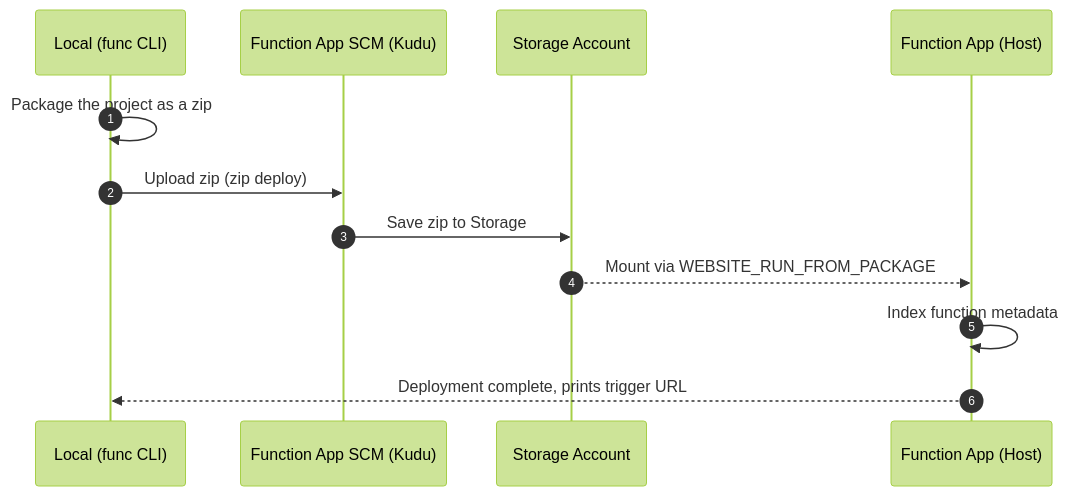
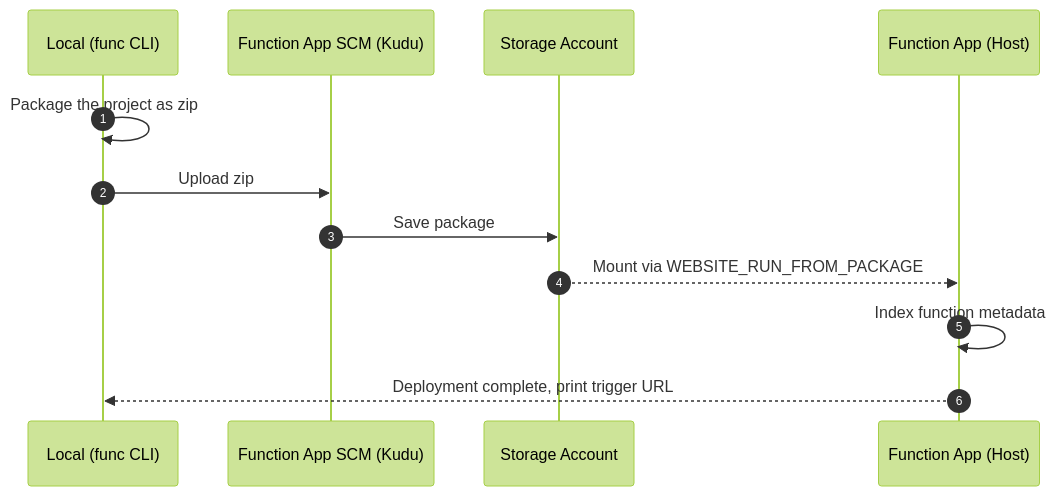
One commit to yeongseon-books/book-content changed the third of 3 diagrams in azure-functions-101/en/04-first-deploy.md. Above: the diagram before and after it, drawn with Mermaid (forest theme). The commit also changed other lines of this file and 42 other files, not shown here.

First line of the commit message:
fix: 오라클 리뷰 반영 — Functions 101/Deep Dive 사실관계·톤·다이어그램 정리, App Service 101 ko/en 재구조화

````diff
--- a/azure-functions-101/en/04-first-deploy.md
+++ b/azure-functions-101/en/04-first-deploy.md
@@ -189,15 +206,15 @@
 ```mermaid
 sequenceDiagram
     autonumber
     participant Dev as Local (func CLI)
     participant Kudu as Function App SCM (Kudu)
     participant Storage as Storage Account
     participant Host as Function App (Host)
 
-    Dev->>Dev: Package the project as a zip
-    Dev->>Kudu: Upload zip (zip deploy)
-    Kudu->>Storage: Save zip to Storage
+    Dev->>Dev: Package the project as zip
+    Dev->>Kudu: Upload zip
+    Kudu->>Storage: Save package
     Storage-->>Host: Mount via WEBSITE_RUN_FROM_PACKAGE
     Host->>Host: Index function metadata
-    Host-->>Dev: Deployment complete, prints trigger URL
+    Host-->>Dev: Deployment complete, print trigger URL
 ```
````
